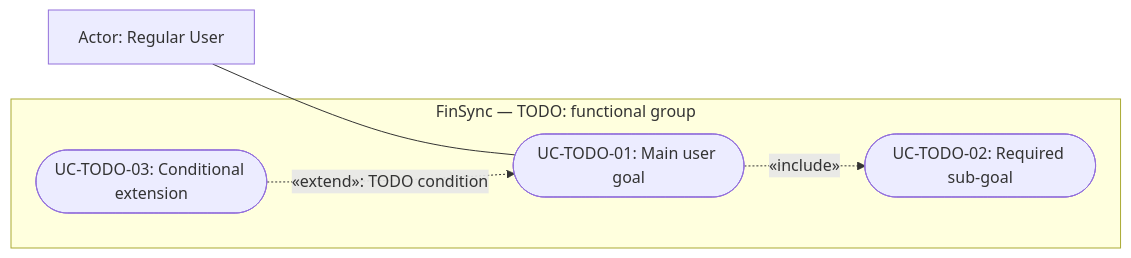
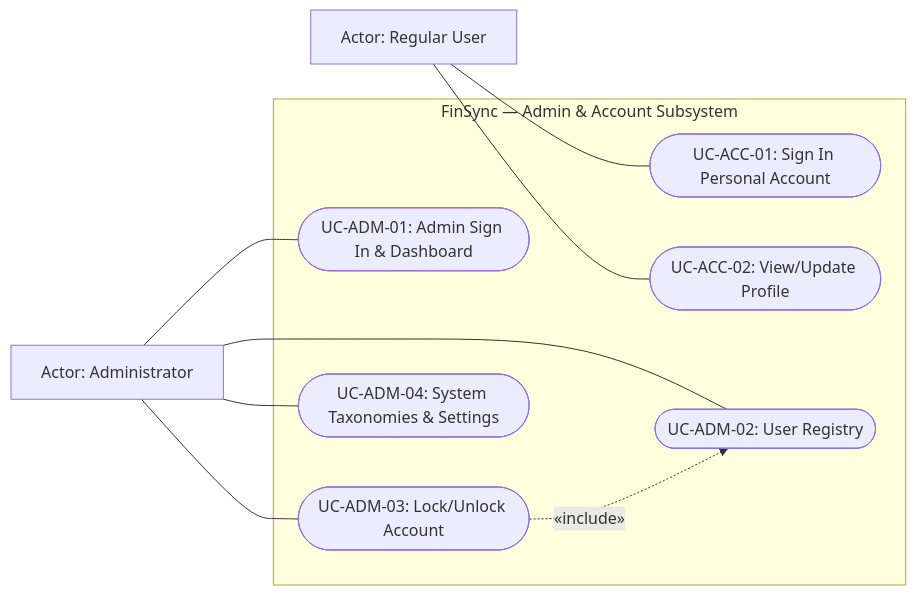
One commit to pdtLong2929/FinSync changed the first of 4 diagrams in PA/PA3/report.md. Above: the diagram before and after it, drawn with Mermaid. The commit also changed other lines of this file, not shown here.

````diff
--- a/PA/PA3/report.md
+++ b/PA/PA3/report.md
@@ -268,12 +322,22 @@
 ```mermaid
 flowchart LR
     actorUser["Actor: Regular User"]
-    subgraph FinSync["FinSync — TODO: functional group"]
-        main(["UC-TODO-01: Main user goal"])
-        included(["UC-TODO-02: Required sub-goal"])
-        extension(["UC-TODO-03: Conditional extension"])
+    actorAdmin["Actor: Administrator"]
+    
+    subgraph FinSyncAdmin["FinSync — Admin & Account Subsystem"]
+        acc01(["UC-ACC-01: Sign In Personal Account"])
+        acc02(["UC-ACC-02: View/Update Profile"])
+        adm01(["UC-ADM-01: Admin Sign In & Dashboard"])
+        adm02(["UC-ADM-02: User Registry"])
+        adm03(["UC-ADM-03: Lock/Unlock Account"])
+        adm04(["UC-ADM-04: System Taxonomies & Settings"])
     end
-    actorUser --- main
-    main -.->|"«include»"| included
-    extension -.->|"«extend»: TODO condition"| main
+    
+    actorUser --- acc01
+    actorUser --- acc02
+    actorAdmin --- adm01
+    actorAdmin --- adm02
+    actorAdmin --- adm03
+    actorAdmin --- adm04
+    adm03 -.->|"«include»"| adm02
 ```
````
